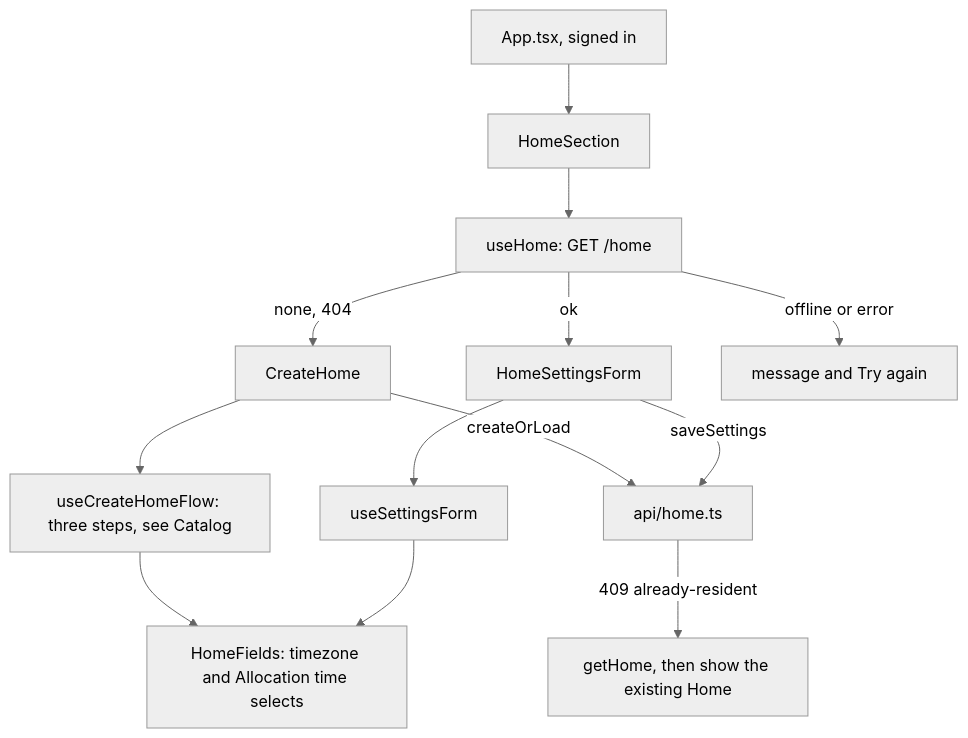
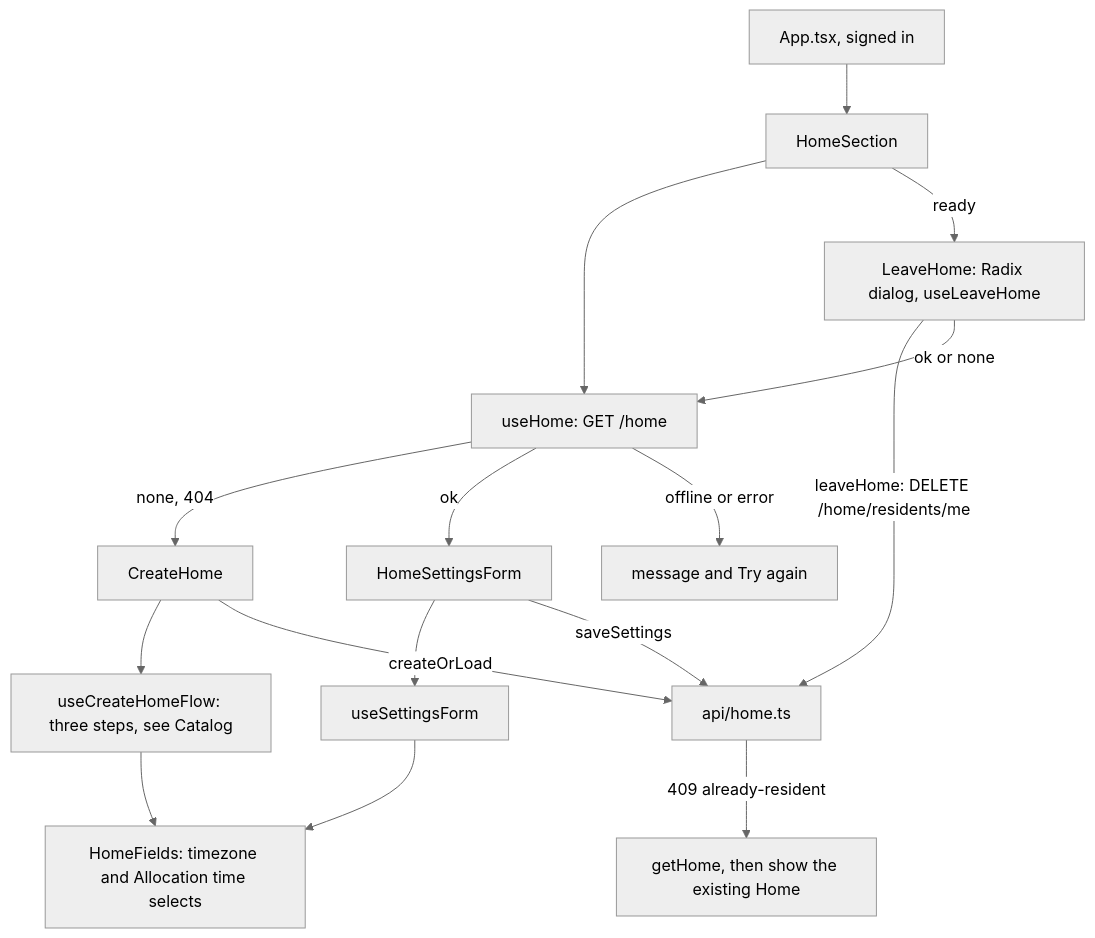
The third of 7 diagrams in docs/architecture/web.md (AbnerWillclefy/Homeowner), drawn with Mermaid (neutral theme) before and after one commit. The commit also changed other lines of this file and 9 other files, not shown here.

First line of the commit message:
feat(web): let a resident leave their home

````diff
--- a/docs/architecture/web.md
+++ b/docs/architecture/web.md
@@ -145,15 +145,18 @@
 ```mermaid
 flowchart TD
     APP[App.tsx, signed in] --> SEC[HomeSection]
     SEC --> UH[useHome: GET /home]
     UH -->|none, 404| CREATE[CreateHome]
     UH -->|ok| EDIT[HomeSettingsForm]
     UH -->|offline or error| RETRY[message and Try again]
     CREATE --> FLOW[useCreateHomeFlow: three steps, see Catalog]
     FLOW --> FIELDS
     EDIT --> FORM[useSettingsForm]
+    SEC -->|ready| LEAVE[LeaveHome: Radix dialog, useLeaveHome]
+    LEAVE -->|leaveHome: DELETE /home/residents/me| API
+    LEAVE -->|ok or none| UH
     FORM --> FIELDS[HomeFields: timezone and Allocation time selects]
     CREATE -->|createOrLoad| API[api/home.ts]
     EDIT -->|saveSettings| API
     API -->|409 already-resident| LOAD[getHome, then show the existing Home]
 ```
````
